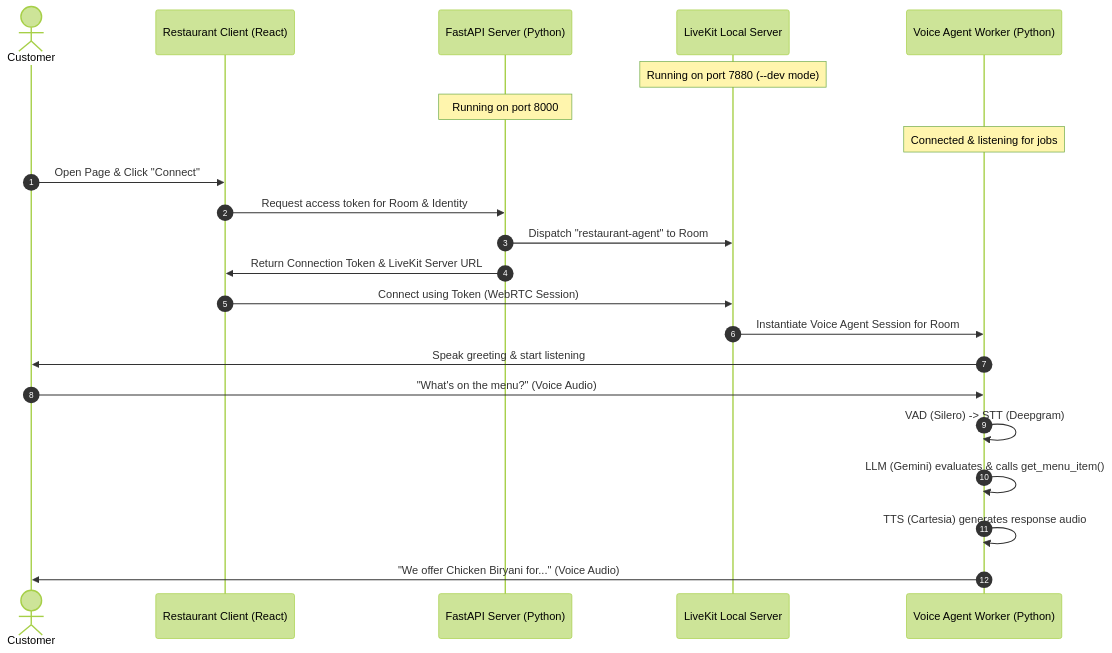
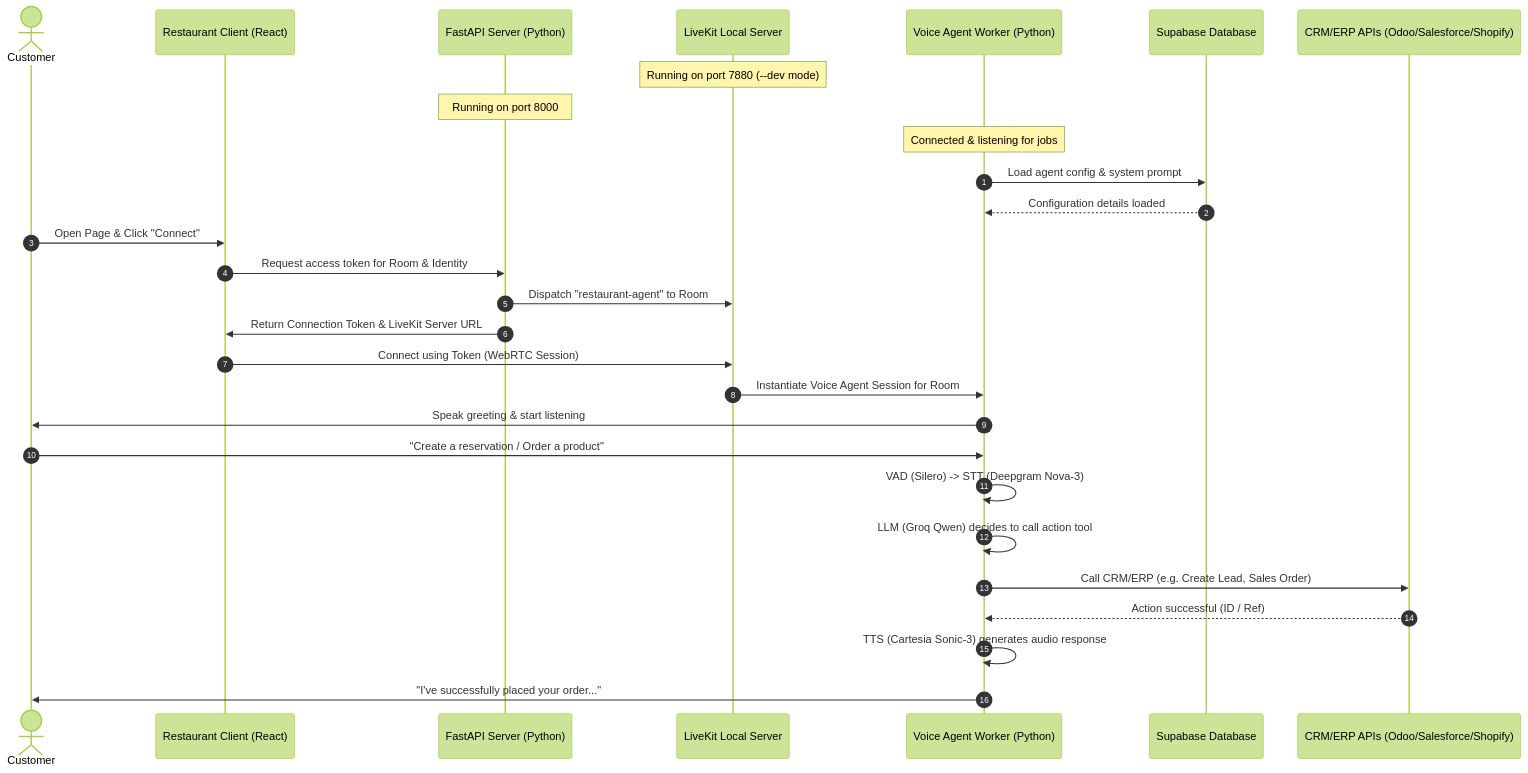
The diagram in README.md (fatimafatimi/Livekit-Local-Setup), drawn with Mermaid (forest theme) before and after one commit. The commit also changed other lines of this file and 2 other files, not shown here.

````diff
--- a/README.md
+++ b/README.md
@@ -46,26 +65,33 @@
 ```mermaid
 sequenceDiagram
     autonumber
     actor Customer
     participant Frontend as Restaurant Client (React)
     participant Backend as FastAPI Server (Python)
     participant LiveKit as LiveKit Local Server
     participant Agent as Voice Agent Worker (Python)
+    participant Supabase as Supabase Database
+    participant Integrations as CRM/ERP APIs (Odoo/Salesforce/Shopify)
 
     Note over LiveKit: Running on port 7880 (--dev mode)
     Note over Backend: Running on port 8000
     Note over Agent: Connected & listening for jobs
+
+    Agent->>Supabase: Load agent config & system prompt
+    Supabase-->>Agent: Configuration details loaded
 
     Customer->>Frontend: Open Page & Click "Connect"
     Frontend->>Backend: Request access token for Room & Identity
     Backend->>LiveKit: Dispatch "restaurant-agent" to Room
     Backend->>Frontend: Return Connection Token & LiveKit Server URL
     Frontend->>LiveKit: Connect using Token (WebRTC Session)
     LiveKit->>Agent: Instantiate Voice Agent Session for Room
     Agent->>Customer: Speak greeting & start listening
-    Customer->>Agent: "What's on the menu?" (Voice Audio)
-    Agent->>Agent: VAD (Silero) -> STT (Deepgram)
-    Agent->>Agent: LLM (Gemini) evaluates & calls get_menu_item()
-    Agent->>Agent: TTS (Cartesia) generates response audio
-    Agent->>Customer: "We offer Chicken Biryani for..." (Voice Audio)
+    Customer->>Agent: "Create a reservation / Order a product"
+    Agent->>Agent: VAD (Silero) -> STT (Deepgram Nova-3)
+    Agent->>Agent: LLM (Groq Qwen) decides to call action tool
+    Agent->>Integrations: Call CRM/ERP (e.g. Create Lead, Sales Order)
+    Integrations-->>Agent: Action successful (ID / Ref)
+    Agent->>Agent: TTS (Cartesia Sonic-3) generates audio response
+    Agent->>Customer: "I've successfully placed your order..."
 ```
````
